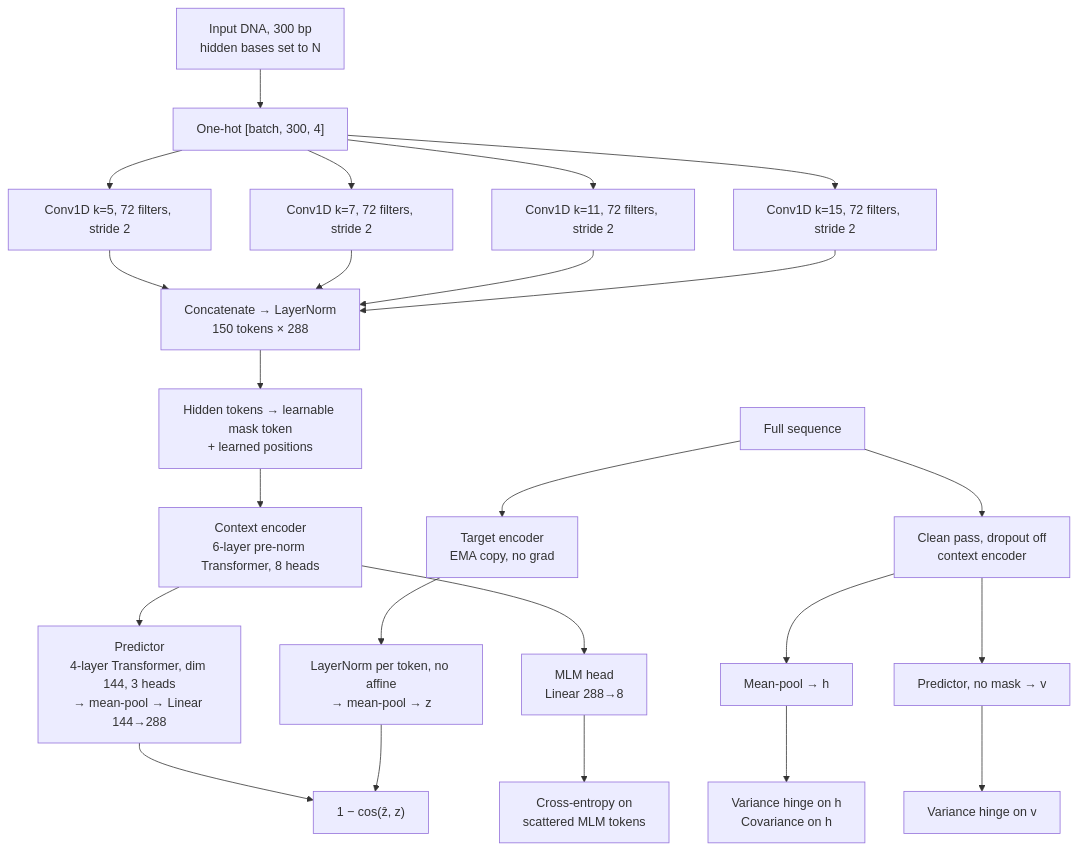
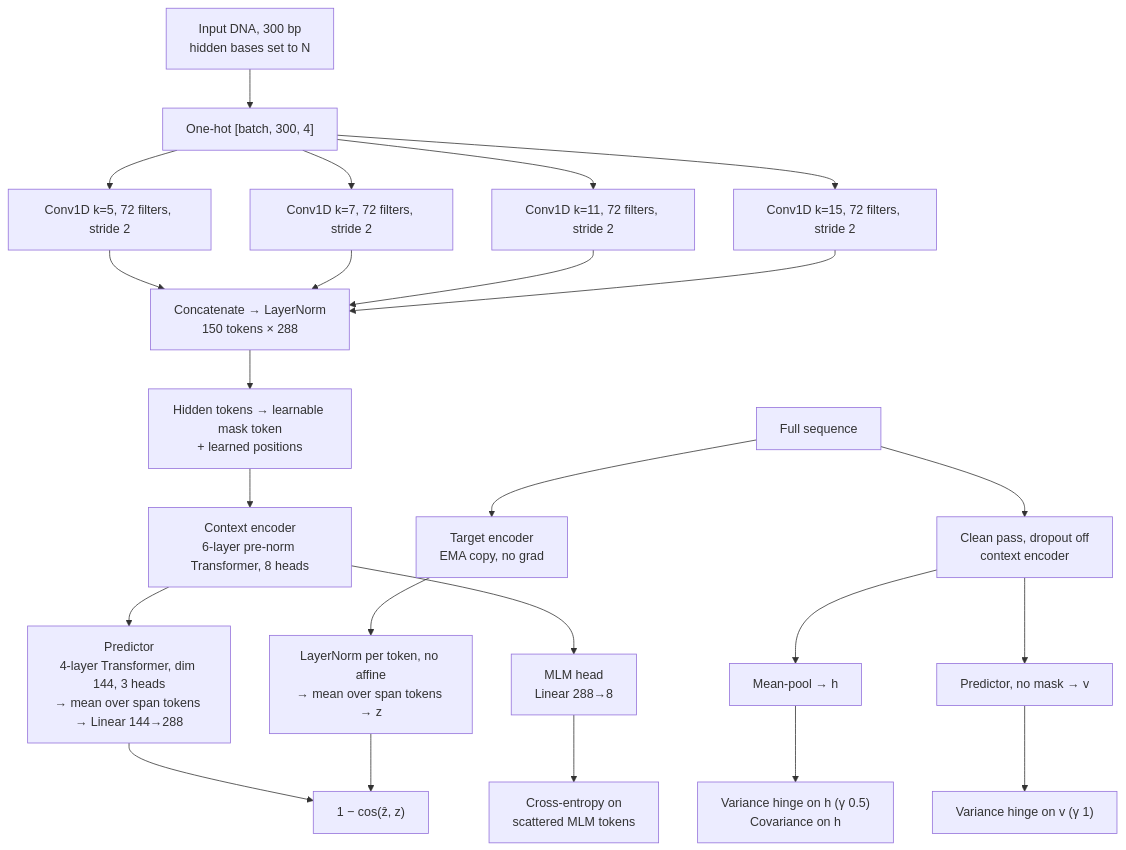
Before and after one commit to Luckycrucio/ViralJEPA: the diagram in README.md, drawn with Mermaid. The commit also changed other lines of this file and 3 other files, not shown here.

````diff
--- a/README.md
+++ b/README.md
@@ -21,29 +21,29 @@
 ```mermaid
 flowchart TD
     A["Input DNA, 300 bp<br/>hidden bases set to N"] --> B["One-hot [batch, 300, 4]"]
 
     B --> C1["Conv1D k=5, 72 filters, stride 2"]
     B --> C2["Conv1D k=7, 72 filters, stride 2"]
     B --> C3["Conv1D k=11, 72 filters, stride 2"]
     B --> C4["Conv1D k=15, 72 filters, stride 2"]
 
     C1 --> D["Concatenate → LayerNorm<br/>150 tokens × 288"]
     C2 --> D
     C3 --> D
     C4 --> D
 
     D --> E["Hidden tokens → learnable mask token<br/>+ learned positions"]
     E --> F["Context encoder<br/>6-layer pre-norm Transformer, 8 heads"]
 
-    F --> G["Predictor<br/>4-layer Transformer, dim 144, 3 heads<br/>→ mean-pool → Linear 144→288"]
+    F --> G["Predictor<br/>4-layer Transformer, dim 144, 3 heads<br/>→ mean over span tokens → Linear 144→288"]
     F --> M["MLM head<br/>Linear 288→8"]
 
-    T["Full sequence"] --> TE["Target encoder<br/>EMA copy, no grad"] --> TP["LayerNorm per token, no affine<br/>→ mean-pool → z"]
+    T["Full sequence"] --> TE["Target encoder<br/>EMA copy, no grad"] --> TP["LayerNorm per token, no affine<br/>→ mean over span tokens → z"]
 
     G --> L["1 − cos(ẑ, z)"]
     TP --> L
     M --> CE["Cross-entropy on<br/>scattered MLM tokens"]
     T --> CL["Clean pass, dropout off<br/>context encoder"]
-    CL --> H["Mean-pool → h"] --> V["Variance hinge on h<br/>Covariance on h"]
-    CL --> PV["Predictor, no mask → v"] --> V2["Variance hinge on v"]
+    CL --> H["Mean-pool → h"] --> V["Variance hinge on h (γ 0.5)<br/>Covariance on h"]
+    CL --> PV["Predictor, no mask → v"] --> V2["Variance hinge on v (γ 1)"]
 ```
````
